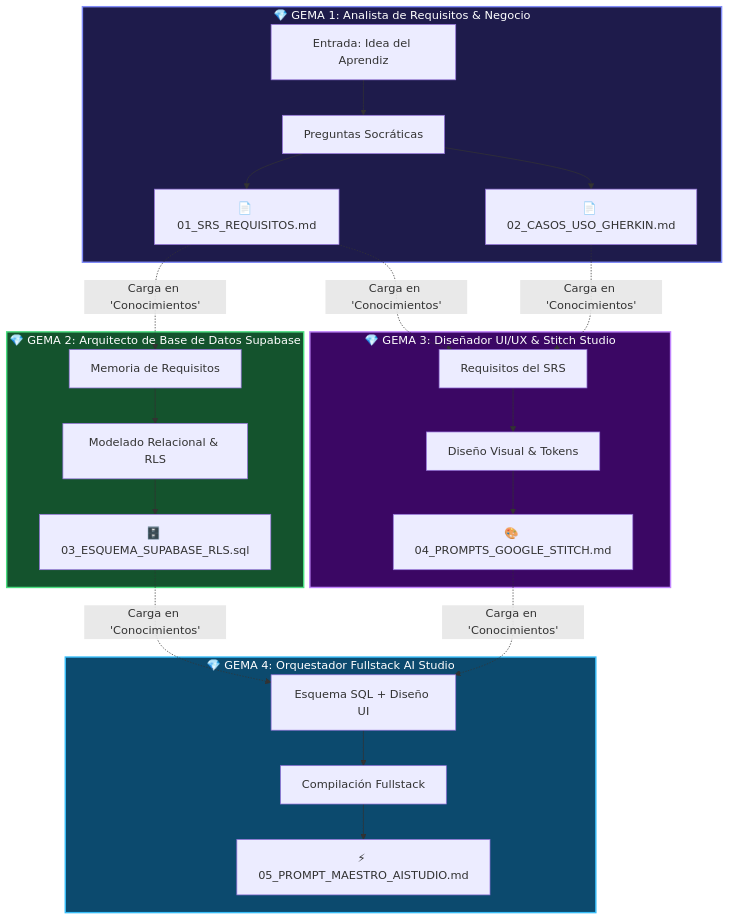
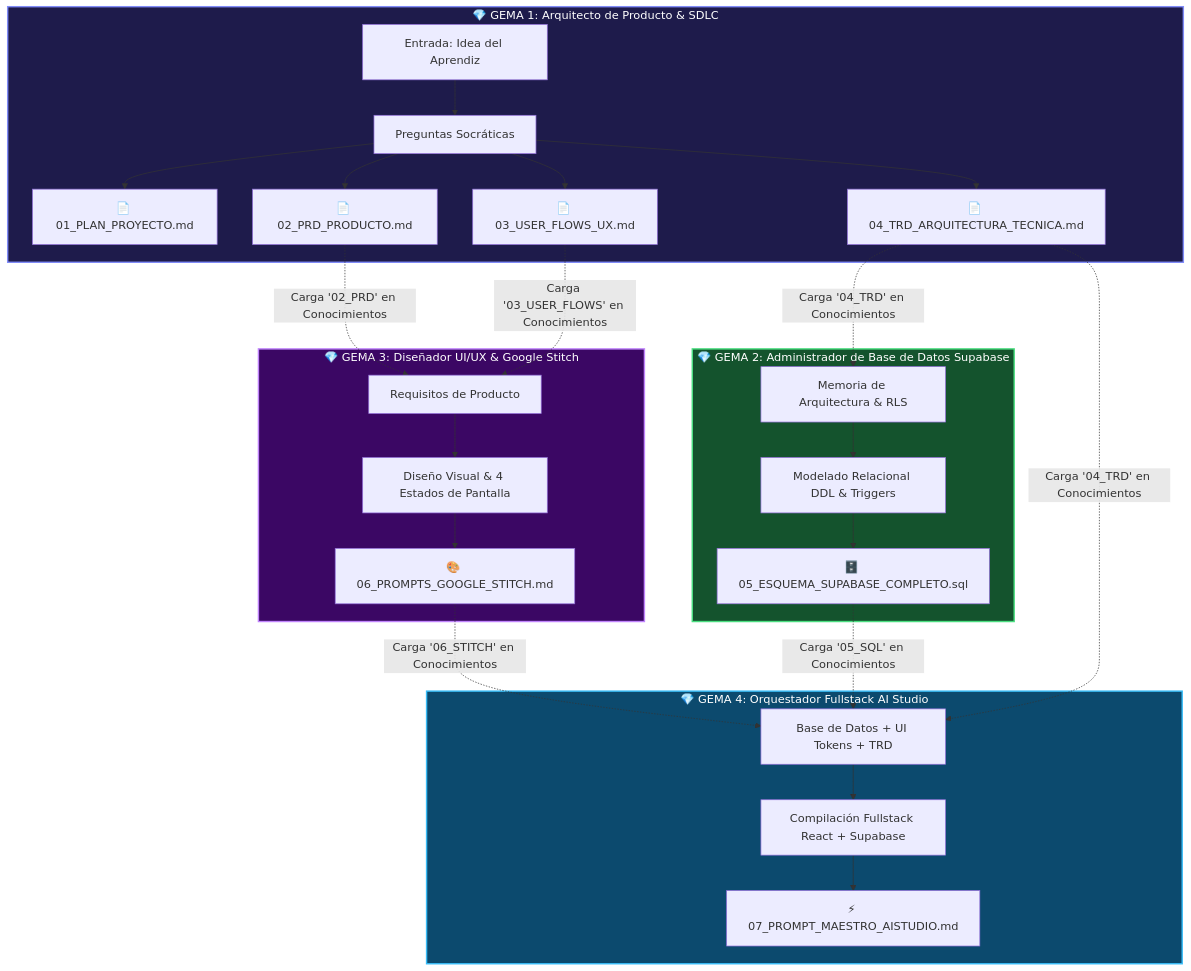
Before and after one commit to miuguelt/guia-desarrollo-guiado: the diagram in CADENA_DE_GEMAS_Y_CONOCIMIENTOS.md, drawn with Mermaid. The commit also changed other lines of this file and 16 other files, not shown here.

First line of the commit message:
Add SDLC tetralogy docs and Stitch catalog

````diff
--- a/CADENA_DE_GEMAS_Y_CONOCIMIENTOS.md
+++ b/CADENA_DE_GEMAS_Y_CONOCIMIENTOS.md
@@ -11,33 +11,36 @@
 ```mermaid
 flowchart TD
-    subgraph GEMA1["💎 GEMA 1: Analista de Requisitos & Negocio"]
+    subgraph GEMA1["💎 GEMA 1: Arquitecto de Producto & SDLC"]
         A1["Entrada: Idea del Aprendiz"] --> A2["Preguntas Socráticas"]
-        A2 --> A3["📄 01_SRS_REQUISITOS.md"]
-        A2 --> A4["📄 02_CASOS_USO_GHERKIN.md"]
+        A2 --> A3["📄 01_PLAN_PROYECTO.md"]
+        A2 --> A4["📄 02_PRD_PRODUCTO.md"]
+        A2 --> A5["📄 03_USER_FLOWS_UX.md"]
+        A2 --> A6["📄 04_TRD_ARQUITECTURA_TECNICA.md"]
     end
 
-    subgraph GEMA2["💎 GEMA 2: Arquitecto de Base de Datos Supabase"]
-        A3 -. Carga en 'Conocimientos' .-> B1["Memoria de Requisitos"]
-        B1 --> B2["Modelado Relacional & RLS"]
-        B2 --> B3["🗄️ 03_ESQUEMA_SUPABASE_RLS.sql"]
+    subgraph GEMA2["💎 GEMA 2: Administrador de Base de Datos Supabase"]
+        A6 -. Carga '04_TRD' en Conocimientos .-> B1["Memoria de Arquitectura & RLS"]
+        B1 --> B2["Modelado Relacional DDL & Triggers"]
+        B2 --> B3["🗄️ 05_ESQUEMA_SUPABASE_COMPLETO.sql"]
     end
 
-    subgraph GEMA3["💎 GEMA 3: Diseñador UI/UX & Stitch Studio"]
-        A3 -. Carga en 'Conocimientos' .-> C1["Requisitos del SRS"]
-        A4 -. Carga en 'Conocimientos' .-> C1
-        C1 --> C2["Diseño Visual & Tokens"]
-        C2 --> C3["🎨 04_PROMPTS_GOOGLE_STITCH.md"]
+    subgraph GEMA3["💎 GEMA 3: Diseñador UI/UX & Google Stitch"]
+        A4 -. Carga '02_PRD' en Conocimientos .-> C1["Requisitos de Producto"]
+        A5 -. Carga '03_USER_FLOWS' en Conocimientos .-> C1
+        C1 --> C2["Diseño Visual & 4 Estados de Pantalla"]
+        C2 --> C3["🎨 06_PROMPTS_GOOGLE_STITCH.md"]
     end
 
     subgraph GEMA4["💎 GEMA 4: Orquestador Fullstack AI Studio"]
-        B3 -. Carga en 'Conocimientos' .-> D1["Esquema SQL + Diseño UI"]
-        C3 -. Carga en 'Conocimientos' .-> D1
-        D1 --> D2["Compilación Fullstack"]
-        D2 --> D3["⚡ 05_PROMPT_MAESTRO_AISTUDIO.md"]
+        B3 -. Carga '05_SQL' en Conocimientos .-> D1["Base de Datos + UI Tokens + TRD"]
+        C3 -. Carga '06_STITCH' en Conocimientos .-> D1
+        A6 -. Carga '04_TRD' en Conocimientos .-> D1
+        D1 --> D2["Compilación Fullstack React + Supabase"]
+        D2 --> D3["⚡ 07_PROMPT_MAESTRO_AISTUDIO.md"]
     end
 
     style GEMA1 fill:#1e1b4b,stroke:#818cf8,stroke-width:2px,color:#fff
     style GEMA2 fill:#14532d,stroke:#4ade80,stroke-width:2px,color:#fff
     style GEMA3 fill:#3b0764,stroke:#c084fc,stroke-width:2px,color:#fff
     style GEMA4 fill:#0c4a6e,stroke:#38bdf8,stroke-width:2px,color:#fff
 ```
````
